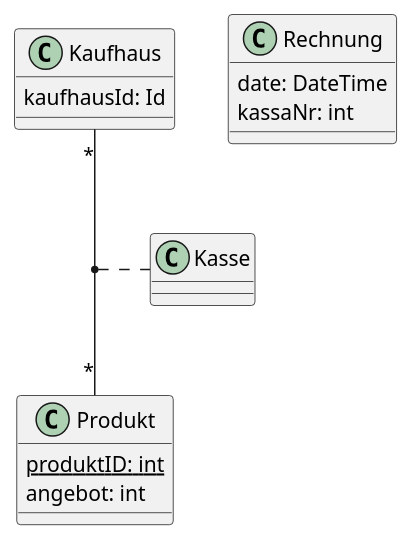
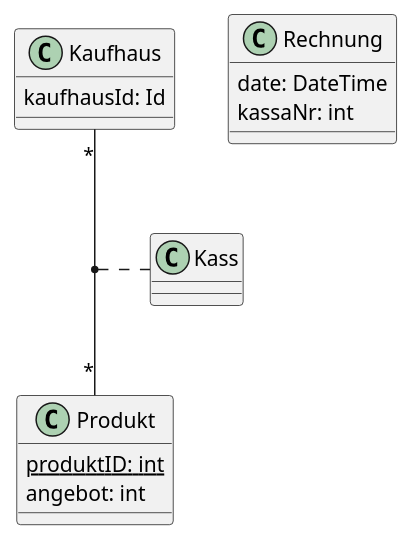
Before and after one commit to ThallerDavid/08-nost-sem05-ThallerDavid: the diagram in uml.puml, drawn with PlantUML.

```diff
--- a/uml.puml
+++ b/uml.puml
@@ -1,22 +1,22 @@
 @startuml
 
 class Kaufhaus{
     kaufhausId: Id
 }
 
 class Produkt{
     {static}produktID: int
     angebot: int
 }
 
 class Rechnung{
     date: DateTime
     kassaNr: int
 }
 
 Kaufhaus "*" -- "*"Produkt
 
-(Kaufhaus, Produkt) .. Kasse
+(Kaufhaus, Produkt) .. Kass
 
 
 @enduml
```
